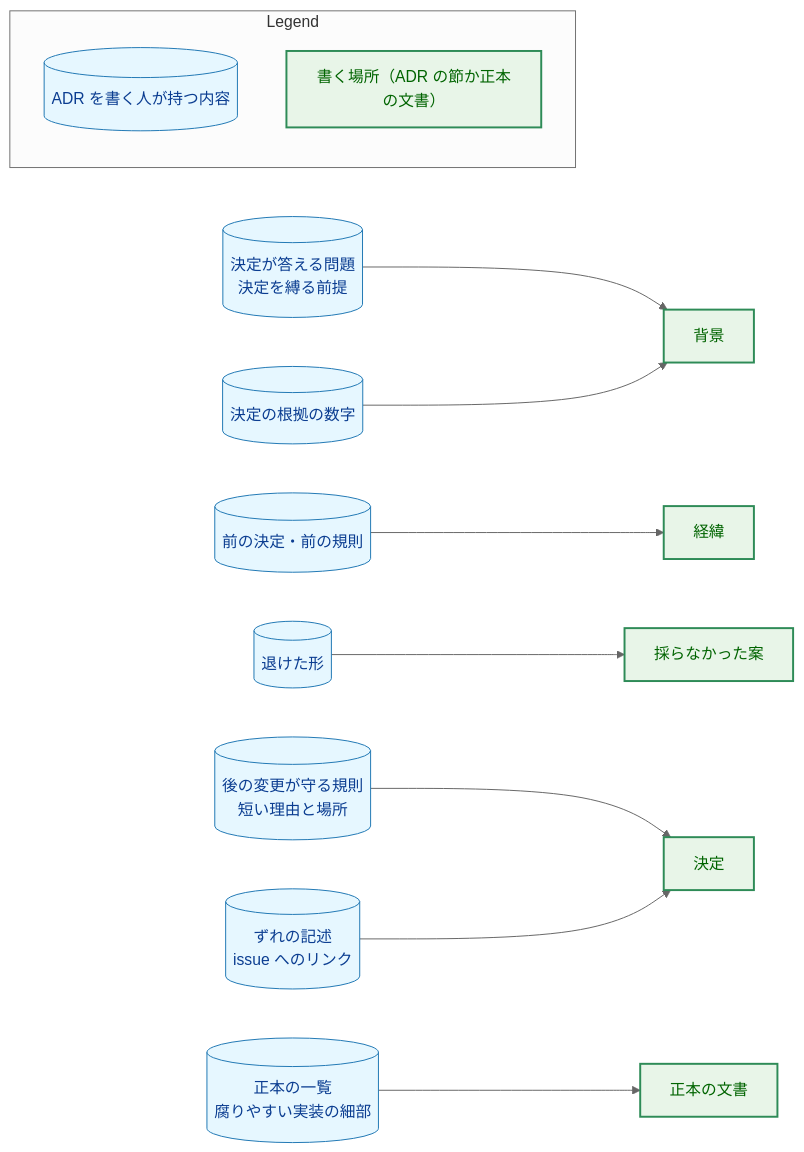
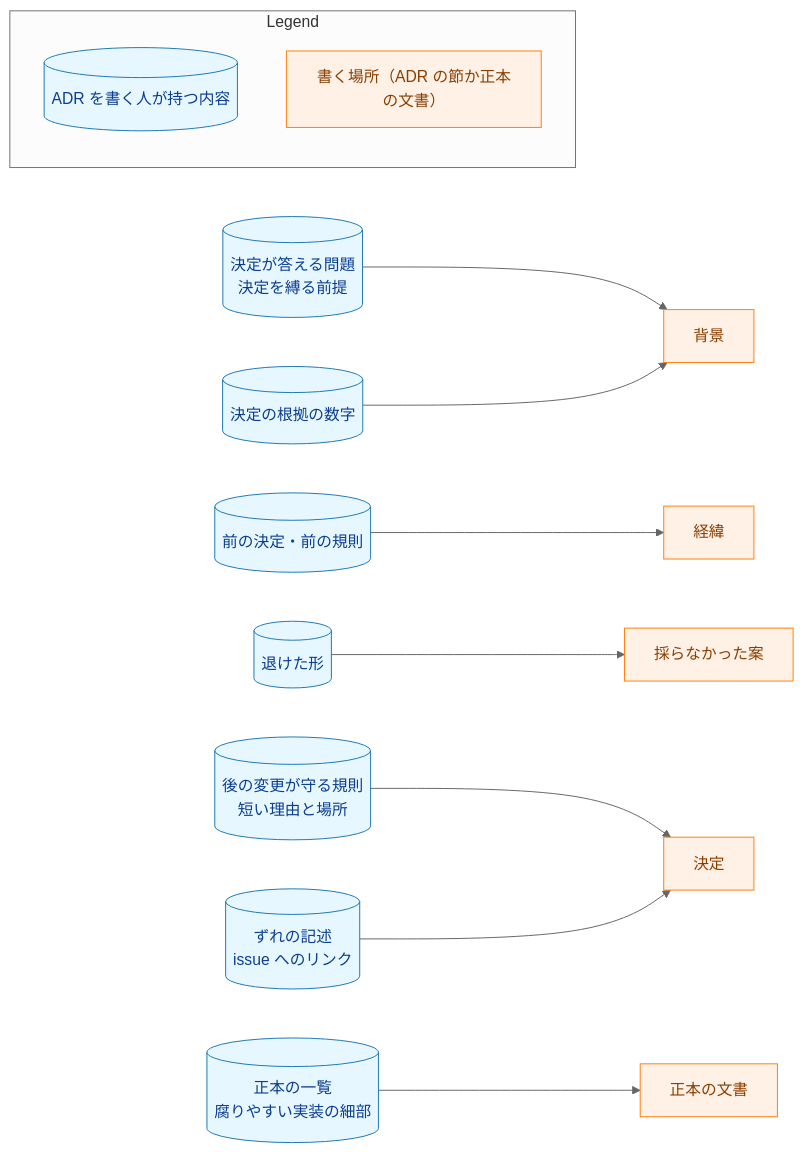
Before and after one commit to isseis/yt2column: the first of 5 diagrams in docs/tasks/0070_adr_writing_criteria/02_architecture.md, drawn with Mermaid (neutral theme). The commit also changed other lines of this file and 1 other file, not shown here.

First line of the commit message:
docs(0070): address architecture review and polish Japanese prose

````diff
--- a/docs/tasks/0070_adr_writing_criteria/02_architecture.md
+++ b/docs/tasks/0070_adr_writing_criteria/02_architecture.md
@@ -73,37 +116,37 @@
 ```mermaid
 flowchart LR
     classDef data fill:#e6f7ff,stroke:#1f77b4,stroke-width:1px,color:#0b3d91;
-    classDef enhanced fill:#e8f5e8,stroke:#2e8b57,stroke-width:2px,color:#006400;
+    classDef process fill:#fff1e6,stroke:#ff7f0e,stroke-width:1px,color:#8a3e00;
 
     PROB[("決定が答える問題<br>決定を縛る前提")]
     NUM[("決定の根拠の数字")]
     OLD[("前の決定・前の規則")]
     REJ[("退けた形")]
     RULE[("後の変更が守る規則<br>短い理由と場所")]
     LIST[("正本の一覧<br>腐りやすい実装の細部")]
     GAP[("ずれの記述<br>issue へのリンク")]
 
     BG["背景"]
     DEC["決定"]
     ALT["採らなかった案"]
     HIS["経緯"]
     SRC["正本の文書"]
 
     PROB --> BG
     NUM --> BG
     OLD --> HIS
     REJ --> ALT
     RULE --> DEC
     GAP --> DEC
     LIST --> SRC
 
     class PROB,NUM,OLD,REJ,RULE,LIST,GAP data
-    class BG,DEC,ALT,HIS,SRC enhanced
+    class BG,DEC,ALT,HIS,SRC process
 
     subgraph Legend["Legend"]
         L1[("ADR を書く人が持つ内容")]
         L2["書く場所（ADR の節か正本の文書）"]
     end
     class L1 data
-    class L2 enhanced
+    class L2 process
 ```
````
